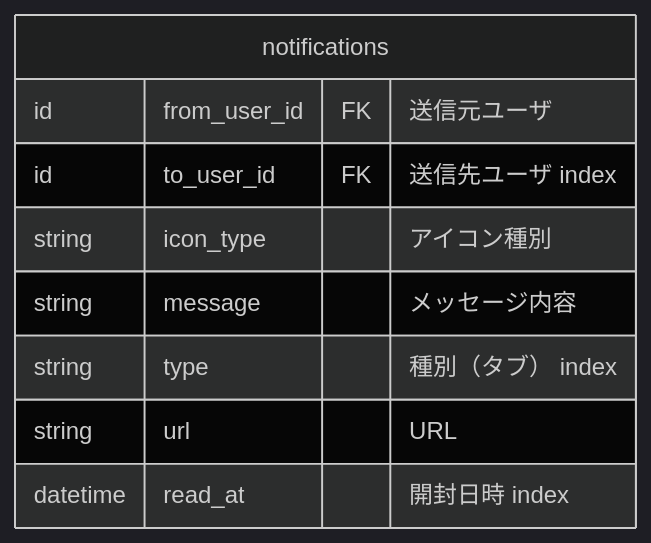
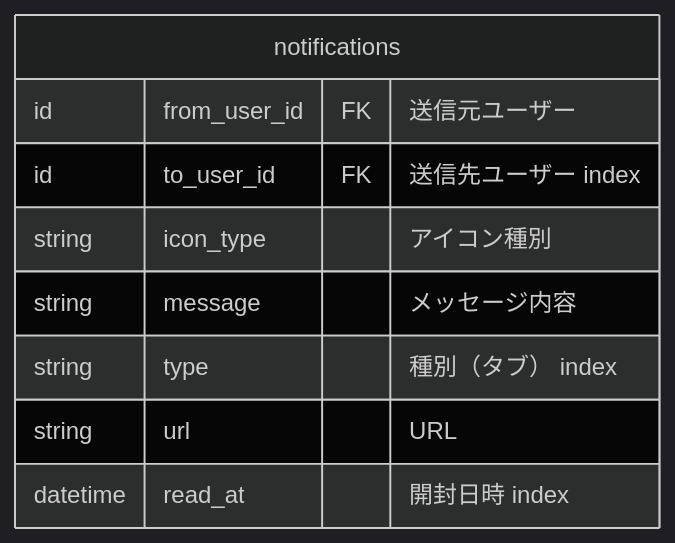
The sixth of 6 diagrams in docs/conceptual_schemas/notifications.md (bright-org/bright), drawn with Mermaid (dark theme) before and after one commit. The commit also changed other lines of this file, not shown here.

````diff
--- a/docs/conceptual_schemas/notifications.md
+++ b/docs/conceptual_schemas/notifications.md
@@ -188,12 +182,12 @@
 ```mermaid
 erDiagram
   notifications {
-    id from_user_id	FK "送信元ユーザ"
-    id to_user_id	FK "送信先ユーザ index"
+    id from_user_id	FK "送信元ユーザー"
+    id to_user_id	FK "送信先ユーザー index"
     string icon_type	"アイコン種別"
     string message	"メッセージ内容"
     string type	"種別（タブ） index"
     string url "URL"
     datetime read_at "開封日時 index"
   }
 ```
````
